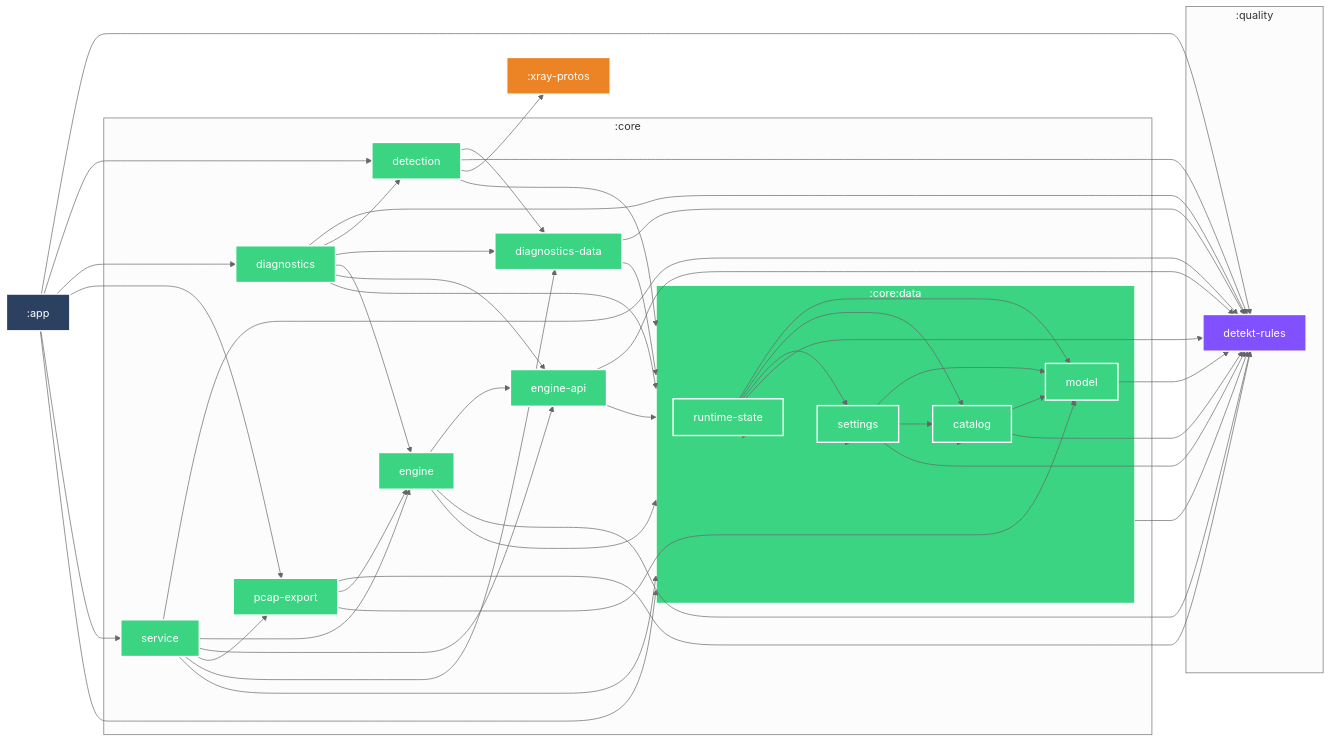
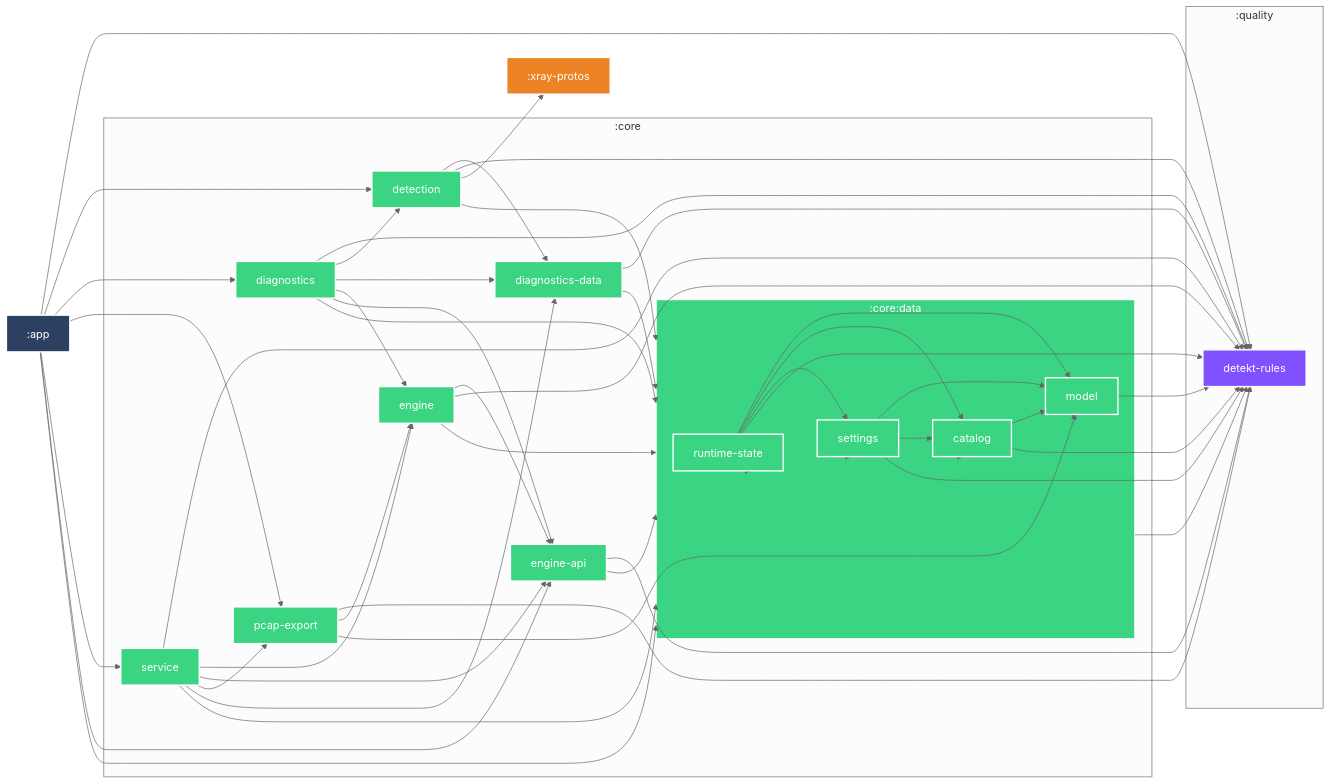
The diagram in docs/architecture/MODULE_GRAPH.md (po4yka/RIPDPI), drawn with Mermaid before and after one commit. The commit also changed 17 other files, not shown here.

```diff
--- a/docs/architecture/MODULE_GRAPH.md
+++ b/docs/architecture/MODULE_GRAPH.md
@@ -59,6 +59,7 @@
   :app --> :core:diagnostics
   :app --> :core:pcap-export
   :app --> :core:service
+  :app --> :core:engine-api
   :core:data --> :core:data:model
   :core:data --> :core:data:catalog
   :core:data --> :core:data:settings
```
